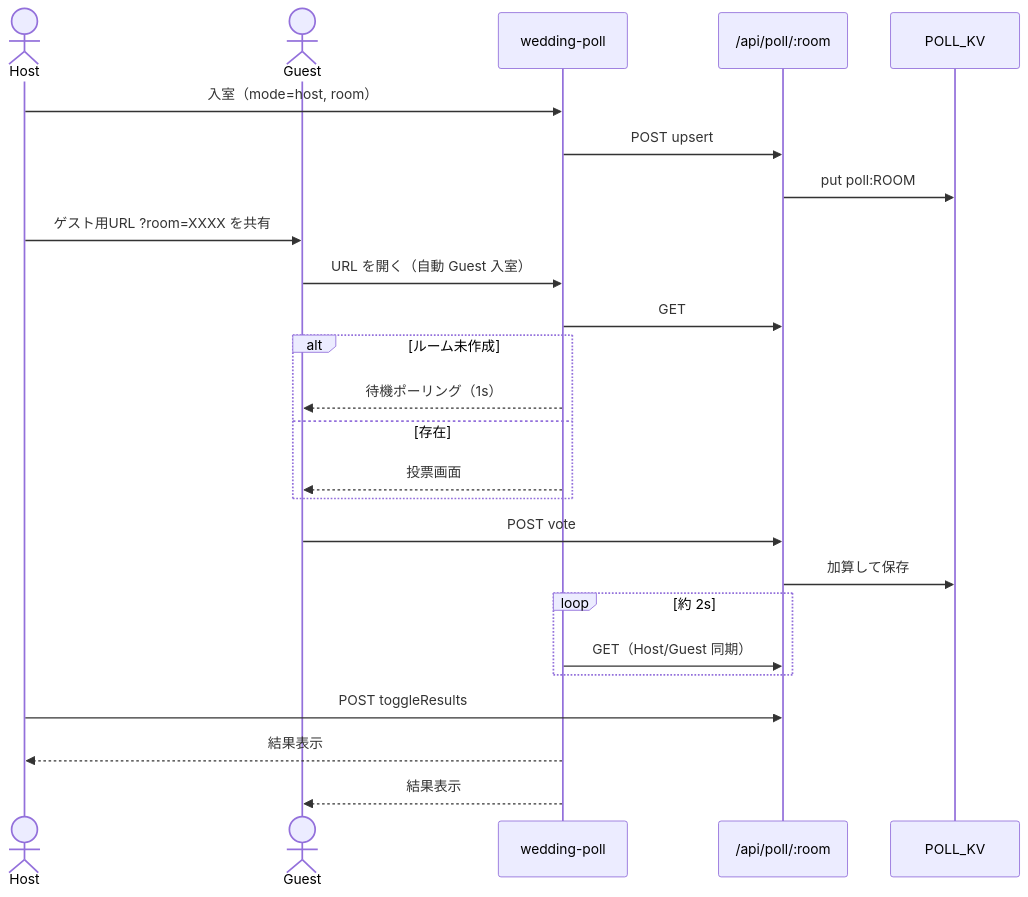
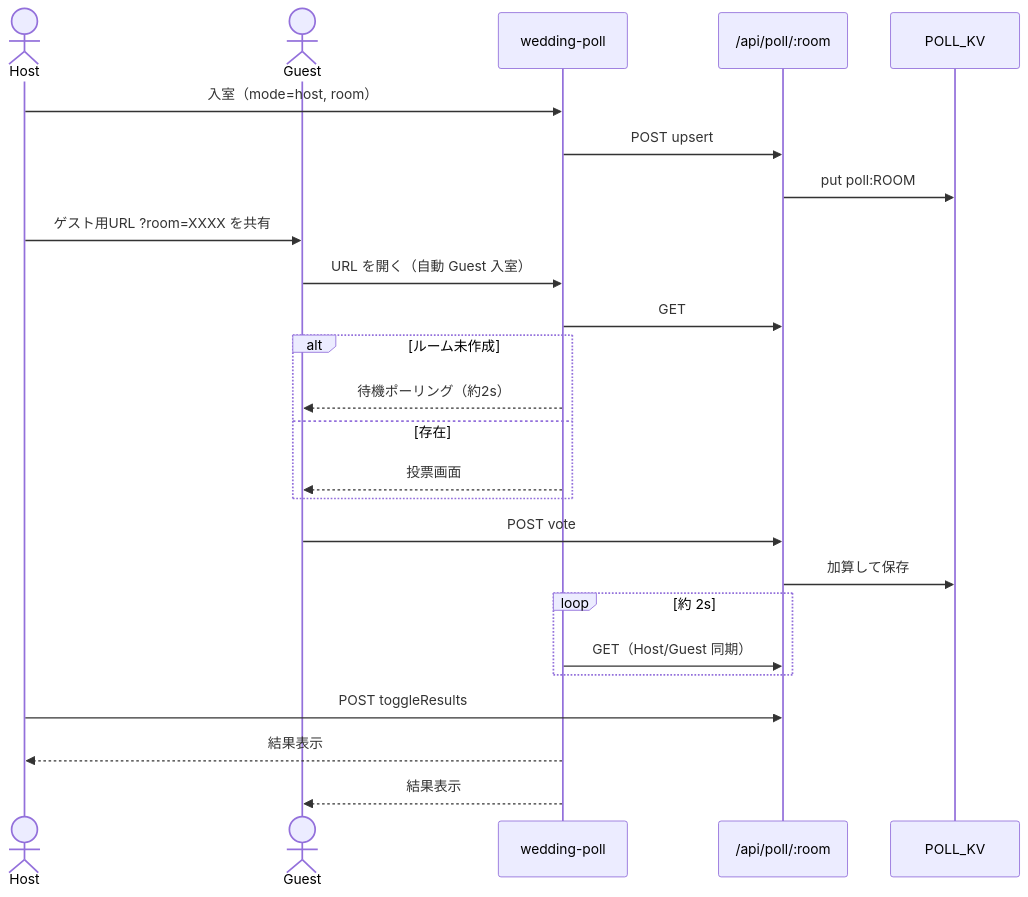
One commit to nozomi-ru/party-entertainment-hub changed the second of 2 diagrams in docs/design.md. Above: the diagram before and after it, drawn with Mermaid. The commit also changed other lines of this file and 9 other files, not shown here.

````diff
--- a/docs/design.md
+++ b/docs/design.md
@@ -201,30 +263,30 @@
 ```mermaid
 sequenceDiagram
   actor H as Host
   actor G as Guest
   participant UI as wedding-poll
   participant API as /api/poll/:room
   participant KV as POLL_KV
 
   H->>UI: 入室（mode=host, room）
   UI->>API: POST upsert
   API->>KV: put poll:ROOM
   H->>G: ゲスト用URL ?room=XXXX を共有
 
   G->>UI: URL を開く（自動 Guest 入室）
   UI->>API: GET
   alt ルーム未作成
-    UI-->>G: 待機ポーリング（1s）
+    UI-->>G: 待機ポーリング（約2s）
   else 存在
     UI-->>G: 投票画面
   end
 
   G->>API: POST vote
   API->>KV: 加算して保存
   loop 約 2s
     UI->>API: GET（Host/Guest 同期）
   end
   H->>API: POST toggleResults
   UI-->>H: 結果表示
   UI-->>G: 結果表示
 ```
````
